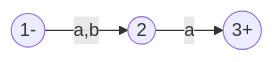
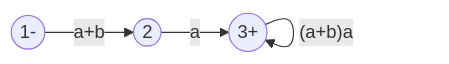
Diagram 15 of 16 in scratch/fas.md (ufidon/ct), drawn with Mermaid before and after one commit. The commit also changed other lines of this file and 3 other files, not shown here.

````diff
--- a/scratch/fas.md
+++ b/scratch/fas.md
@@ -218,8 +221,9 @@
 ```mermaid
 flowchart LR
   q1(("1-"))
   q2(("2"))
   q3(("3+"))
-  q1-->|"a,b"|q2
+  q1-->|"a+b"|q2
   q2-->|a|q3
+  q3-->|"(a+b)a"|q3
 ```
````
